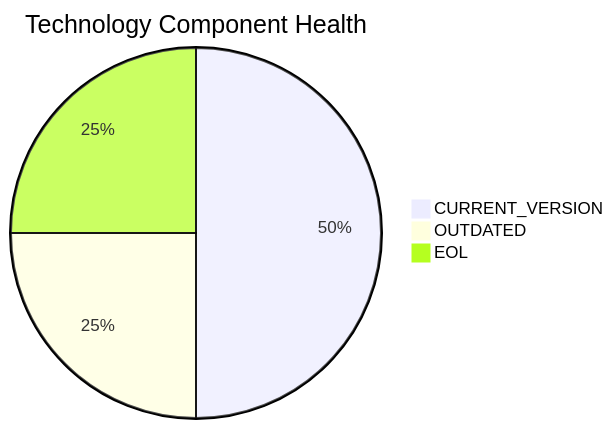
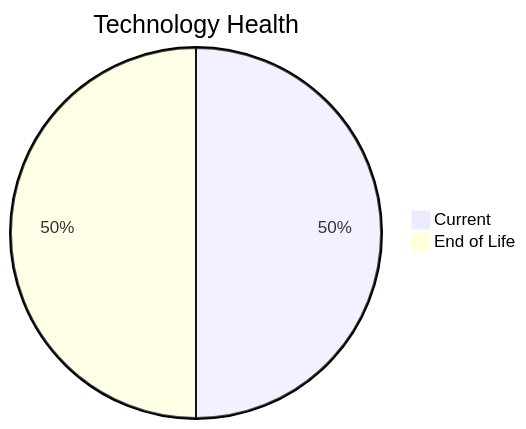
Before and after one commit to ktruchcz/copilot-test-ktruchcz: the diagram in discover/output/reports/apps/app011.md, drawn with Mermaid. The commit also changed other lines of this file and 227 other files, not shown here.

````diff
--- a/discover/output/reports/apps/app011.md
+++ b/discover/output/reports/apps/app011.md
@@ -38,6 +32,5 @@
 ```mermaid
-pie title Technology Component Health
-    "CURRENT_VERSION" : 2
-    "OUTDATED" : 1
-    "EOL" : 1
+pie title Technology Health
+    "Current" : 2
+    "End of Life" : 2
 ```
````
